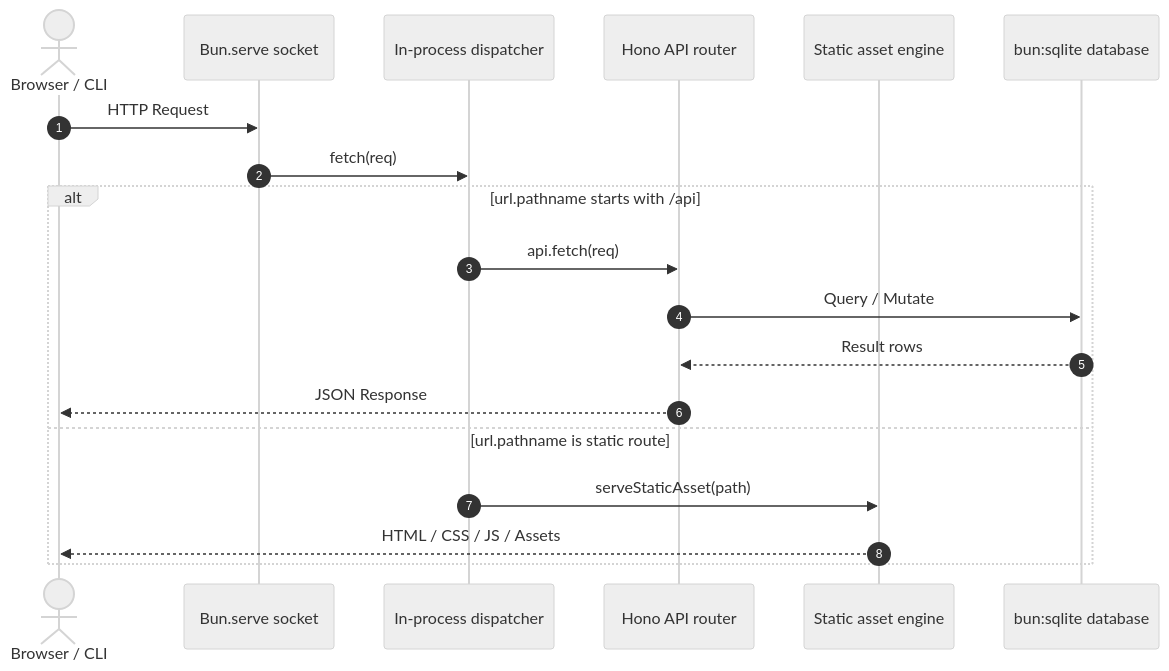
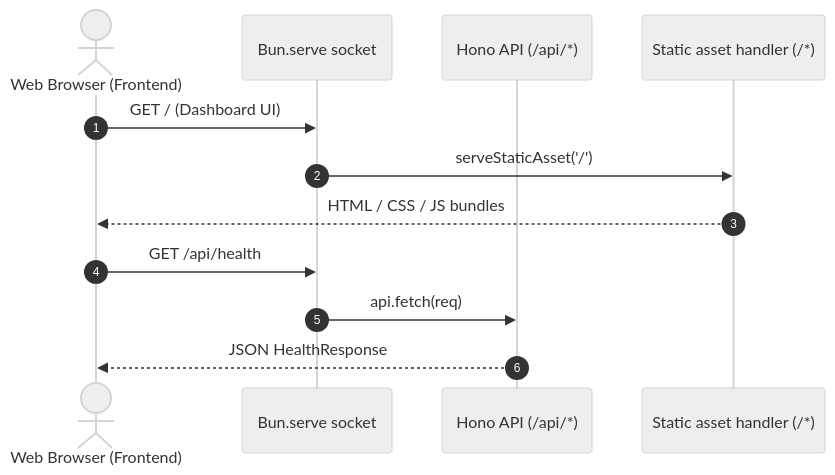
Before and after one commit to AhmedHanye/devtools: the second of 2 diagrams in site/content/docs/explanation/daemon-architecture.mdx, drawn with Mermaid (neutral theme). The commit also changed other lines of this file and 10 other files, not shown here.

````diff
--- a/site/content/docs/explanation/daemon-architecture.mdx
+++ b/site/content/docs/explanation/daemon-architecture.mdx
@@ -44,22 +44,16 @@
 ```mermaid
 sequenceDiagram
   autonumber
-  actor User as Browser / CLI
+  actor Browser as Web Browser (Frontend)
   participant Socket as Bun.serve socket
-  participant Router as In-process dispatcher
-  participant API as Hono API router
-  participant Static as Static asset engine
-  participant DB as bun:sqlite database
+  participant API as Hono API (/api/*)
+  participant Static as Static asset handler (/*)
 
-  User->>Socket: HTTP Request
-  Socket->>Router: fetch(req)
-  alt url.pathname starts with /api
-    Router->>API: api.fetch(req)
-    API->>DB: Query / Mutate
-    DB-->>API: Result rows
-    API-->>User: JSON Response
-  else url.pathname is static route
-    Router->>Static: serveStaticAsset(path)
-    Static-->>User: HTML / CSS / JS / Assets
-  end
+  Browser->>Socket: GET / (Dashboard UI)
+  Socket->>Static: serveStaticAsset('/')
+  Static-->>Browser: HTML / CSS / JS bundles
+
+  Browser->>Socket: GET /api/health
+  Socket->>API: api.fetch(req)
+  API-->>Browser: JSON HealthResponse
 ```
````
